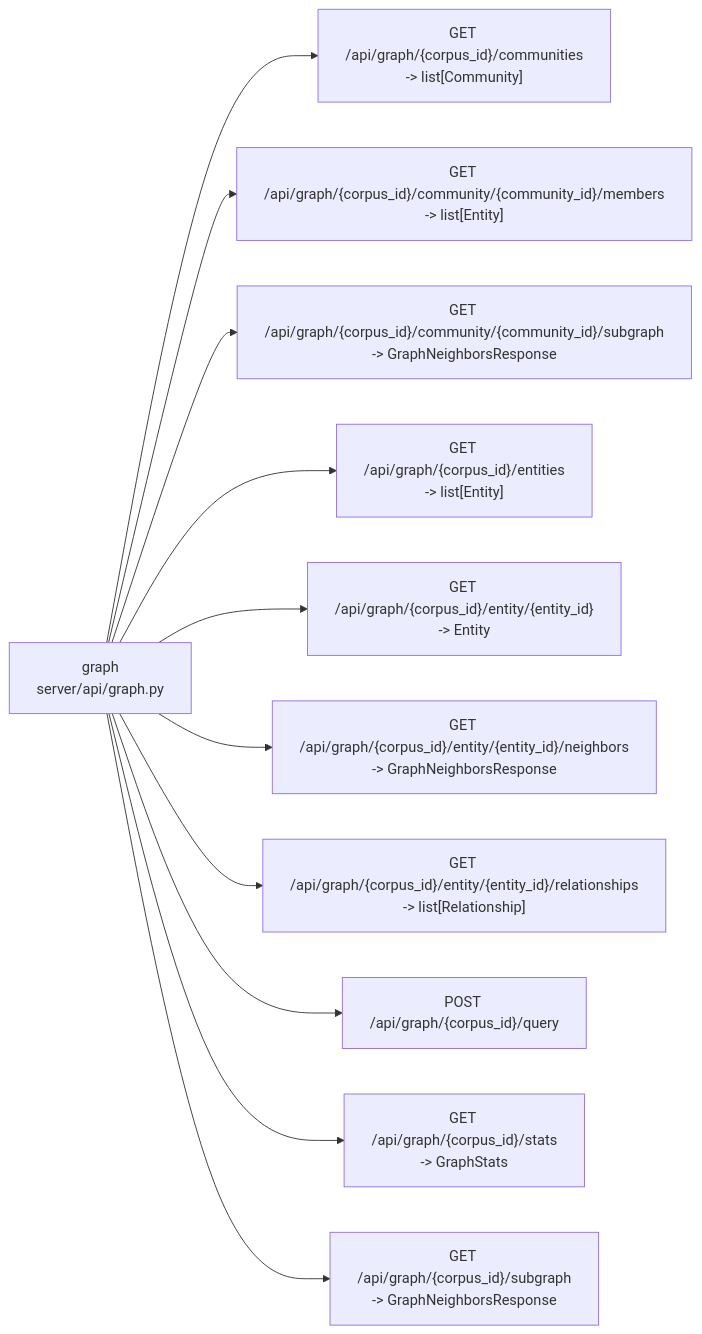
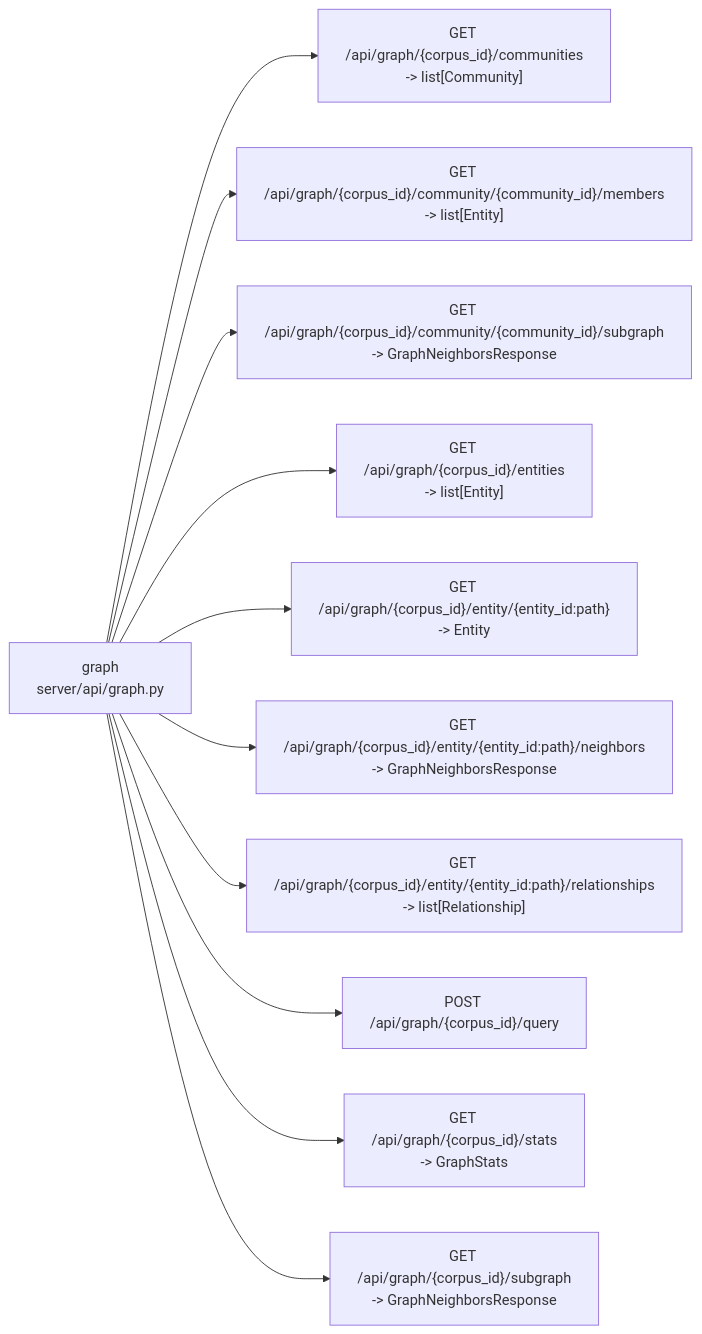
Before and after one commit to DMontgomery40/ragweld: diagram 13 of 25 in mkdocs/docs/reference/architecture/api-surface.md, drawn with Mermaid. The commit also changed other lines of this file and 3 other files, not shown here.

````diff
--- a/mkdocs/docs/reference/architecture/api-surface.md
+++ b/mkdocs/docs/reference/architecture/api-surface.md
@@ -387,24 +387,24 @@
 ```mermaid
 flowchart LR
     n_graph["graph\nserver/api/graph.py"]
     n_graph_0["GET /api/graph/{corpus_id}/communities\n-> list[Community]"]
     n_graph --> n_graph_0
     n_graph_1["GET /api/graph/{corpus_id}/community/{community_id}/members\n-> list[Entity]"]
     n_graph --> n_graph_1
     n_graph_2["GET /api/graph/{corpus_id}/community/{community_id}/subgraph\n-> GraphNeighborsResponse"]
     n_graph --> n_graph_2
     n_graph_3["GET /api/graph/{corpus_id}/entities\n-> list[Entity]"]
     n_graph --> n_graph_3
-    n_graph_4["GET /api/graph/{corpus_id}/entity/{entity_id}\n-> Entity"]
+    n_graph_4["GET /api/graph/{corpus_id}/entity/{entity_id:path}\n-> Entity"]
     n_graph --> n_graph_4
-    n_graph_5["GET /api/graph/{corpus_id}/entity/{entity_id}/neighbors\n-> GraphNeighborsResponse"]
+    n_graph_5["GET /api/graph/{corpus_id}/entity/{entity_id:path}/neighbors\n-> GraphNeighborsResponse"]
     n_graph --> n_graph_5
-    n_graph_6["GET /api/graph/{corpus_id}/entity/{entity_id}/relationships\n-> list[Relationship]"]
+    n_graph_6["GET /api/graph/{corpus_id}/entity/{entity_id:path}/relationships\n-> list[Relationship]"]
     n_graph --> n_graph_6
     n_graph_7["POST /api/graph/{corpus_id}/query"]
     n_graph --> n_graph_7
     n_graph_8["GET /api/graph/{corpus_id}/stats\n-> GraphStats"]
     n_graph --> n_graph_8
     n_graph_9["GET /api/graph/{corpus_id}/subgraph\n-> GraphNeighborsResponse"]
     n_graph --> n_graph_9
 ```
````
